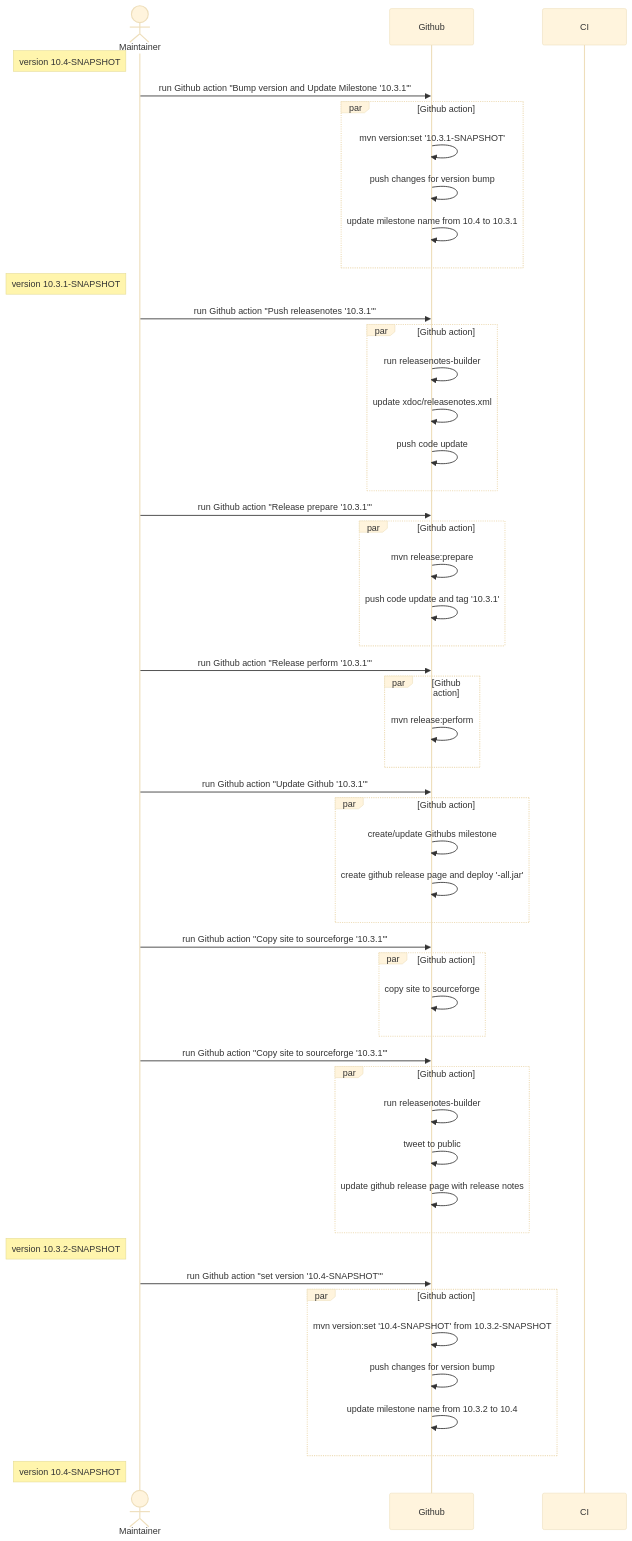
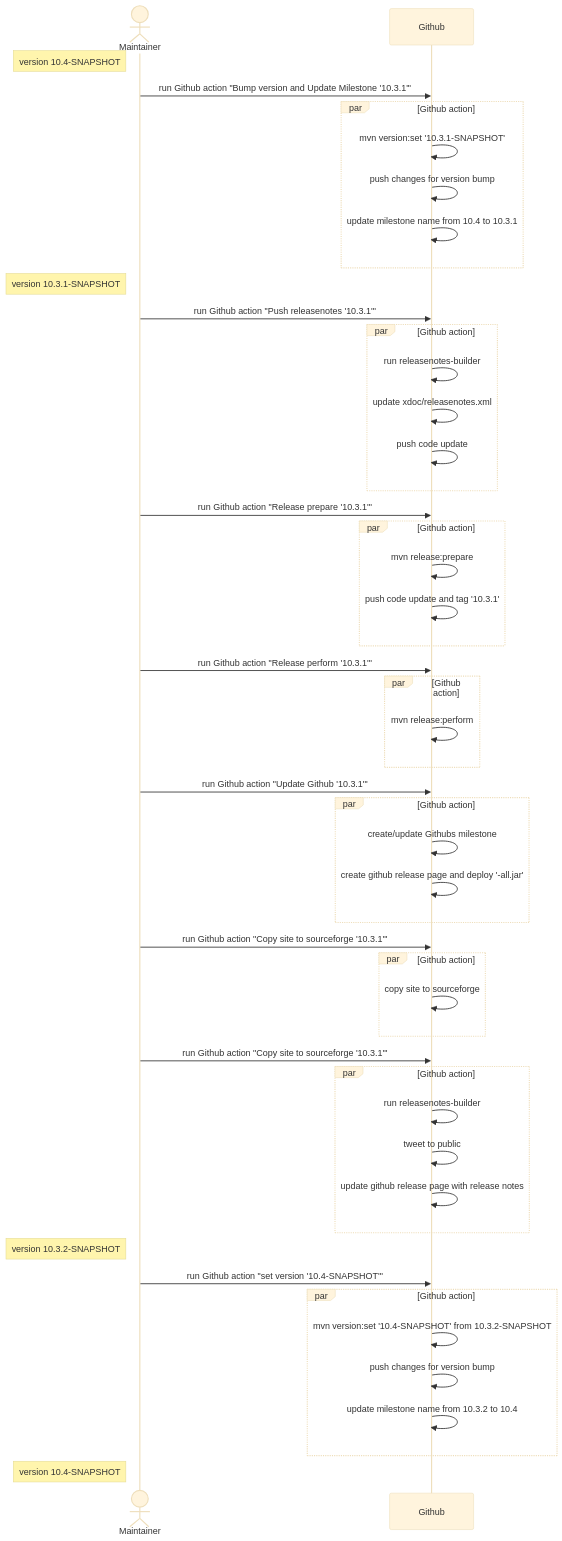
The diagram in releasenotes-builder/diagrams-manual-trigger.md (checkstyle/contribution), drawn with Mermaid (base theme) before and after one commit.

Commit message:
doc: diag: remove participant

````diff
--- a/releasenotes-builder/diagrams-manual-trigger.md
+++ b/releasenotes-builder/diagrams-manual-trigger.md
@@ -5,60 +5,59 @@
 ```mermaid
 sequenceDiagram
     actor Maintainer
     participant Github
-    participant CI
 
     Note left of Maintainer: version 10.4-SNAPSHOT
     Maintainer->>Github: run Github action "Bump version and Update Milestone '10.3.1'"
     par Github action
         Github->>Github: mvn version:set '10.3.1-SNAPSHOT'
         Github->>Github: push changes for version bump
         Github->>Github: update milestone name from 10.4 to 10.3.1
     end
 
     Note left of Maintainer: version 10.3.1-SNAPSHOT
     Maintainer->>Github: run Github action "Push releasenotes '10.3.1'"
     par Github action
         Github->>Github: run releasenotes-builder
         Github->>Github: update xdoc/releasenotes.xml
         Github->>Github: push code update
     end
 
     Maintainer->>Github: run Github action "Release prepare '10.3.1'"
     par Github action
         Github->>Github: mvn release:prepare
         Github->>Github: push code update and tag '10.3.1'
     end
 
     Maintainer->>Github: run Github action "Release perform '10.3.1'"
     par Github action
         Github->>Github: mvn release:perform
     end
 
     Maintainer->>Github: run Github action "Update Github '10.3.1'"
     par Github action
         Github->>Github: create/update Githubs milestone
         Github->>Github: create github release page and deploy '-all.jar'
     end
 
     Maintainer->>Github: run Github action "Copy site to sourceforge '10.3.1'"
     par Github action
         Github->>Github:copy site to sourceforge
     end
 
     Maintainer->>Github: run Github action "Copy site to sourceforge '10.3.1'"
     par Github action
         Github->>Github:run releasenotes-builder
         Github->>Github:tweet to public
         Github->>Github:update github release page with release notes
     end
 
     Note left of Maintainer: version 10.3.2-SNAPSHOT
     Maintainer->>Github: run Github action "set version '10.4-SNAPSHOT'"
     par Github action
         Github->>Github: mvn version:set '10.4-SNAPSHOT' from 10.3.2-SNAPSHOT
         Github->>Github: push changes for version bump
         Github->>Github: update milestone name from 10.3.2 to 10.4
     end
     Note left of Maintainer: version 10.4-SNAPSHOT
 ```
````
